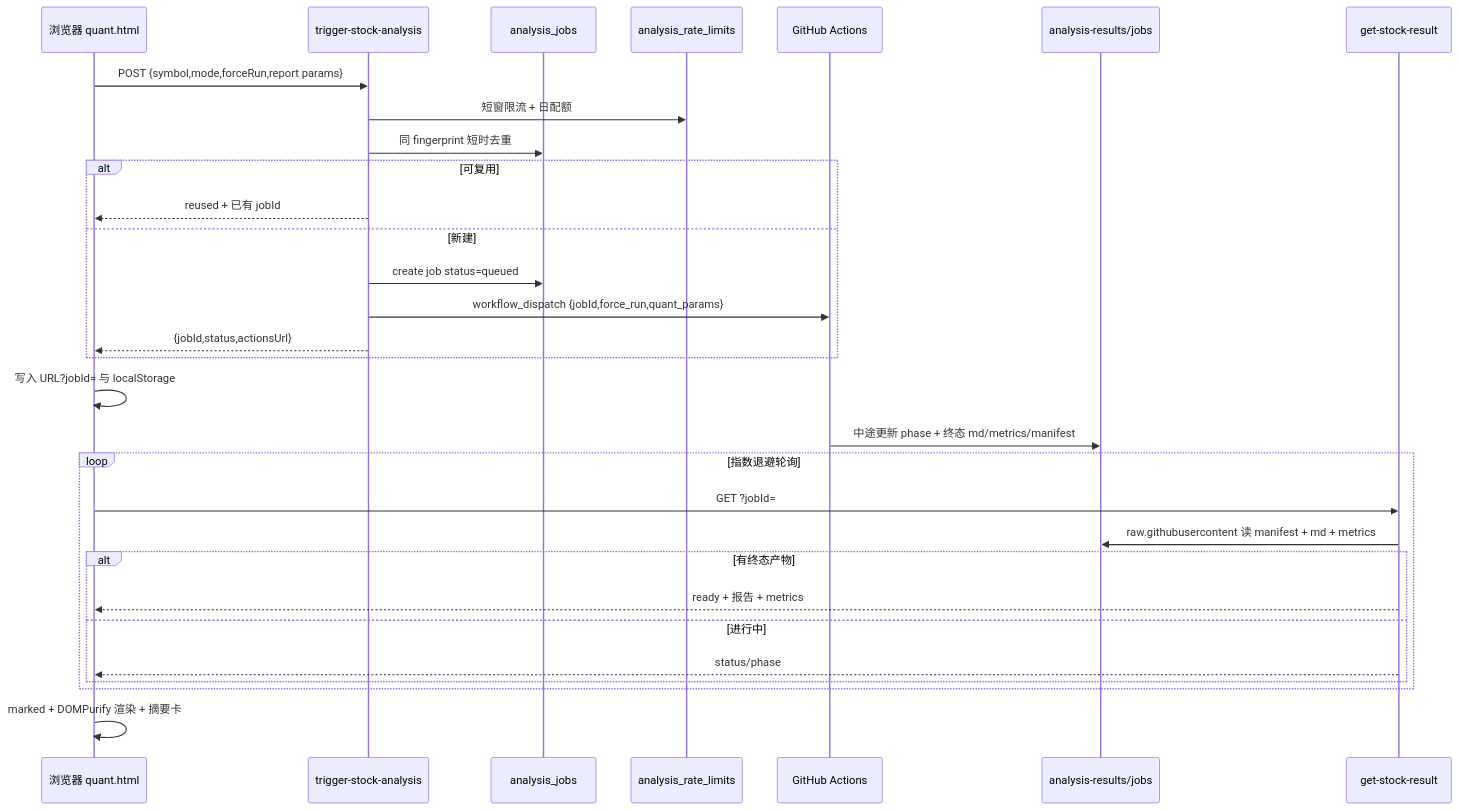
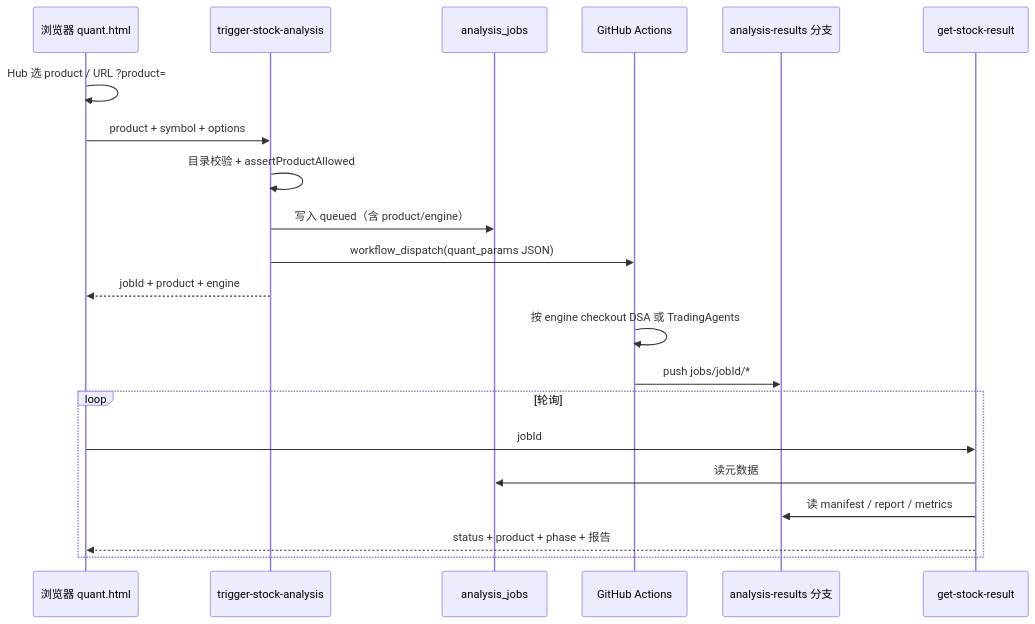
Before and after one commit to king08723/mhm_net_cn: the diagram in .agents/quant-page-architecture.md, drawn with Mermaid. The commit also changed other lines of this file and 18 other files, not shown here.

First line of the commit message:
feat(quant): add product hub and dual-engine Actions (DSA + TradingAgents)

````diff
--- a/.agents/quant-page-architecture.md
+++ b/.agents/quant-page-architecture.md
@@ -26,33 +31,24 @@
 ```mermaid
 sequenceDiagram
   participant U as 浏览器 quant.html
   participant T as trigger-stock-analysis
   participant DB as analysis_jobs
-  participant RL as analysis_rate_limits
   participant GH as GitHub Actions
-  participant J as analysis-results/jobs
-  participant R as get-stock-result
+  participant B as analysis-results 分支
+  participant G as get-stock-result
 
-  U->>T: POST {symbol,mode,forceRun,report params}
-  T->>RL: 短窗限流 + 日配额
-  T->>DB: 同 fingerprint 短时去重
-  alt 可复用
-    T-->>U: reused + 已有 jobId
-  else 新建
-    T->>DB: create job status=queued
-    T->>GH: workflow_dispatch {jobId,force_run,quant_params}
-    T-->>U: {jobId,status,actionsUrl}
+  U->>U: Hub 选 product / URL ?product=
+  U->>T: product + symbol + options
+  T->>T: 目录校验 + assertProductAllowed
+  T->>DB: 写入 queued（含 product/engine）
+  T->>GH: workflow_dispatch(quant_params JSON)
+  T-->>U: jobId + product + engine
+  GH->>GH: 按 engine checkout DSA 或 TradingAgents
+  GH->>B: push jobs/jobId/*
+  loop 轮询
+    U->>G: jobId
+    G->>DB: 读元数据
+    G->>B: 读 manifest / report / metrics
+    G-->>U: status + product + phase + 报告
   end
-  U->>U: 写入 URL?jobId= 与 localStorage
-  GH->>J: 中途更新 phase + 终态 md/metrics/manifest
-  loop 指数退避轮询
-    U->>R: GET ?jobId=
-    R->>J: raw.githubusercontent 读 manifest + md + metrics
-    alt 有终态产物
-      R-->>U: ready + 报告 + metrics
-    else 进行中
-      R-->>U: status/phase
-    end
-  end
-  U->>U: marked + DOMPurify 渲染 + 摘要卡
 ```
````
